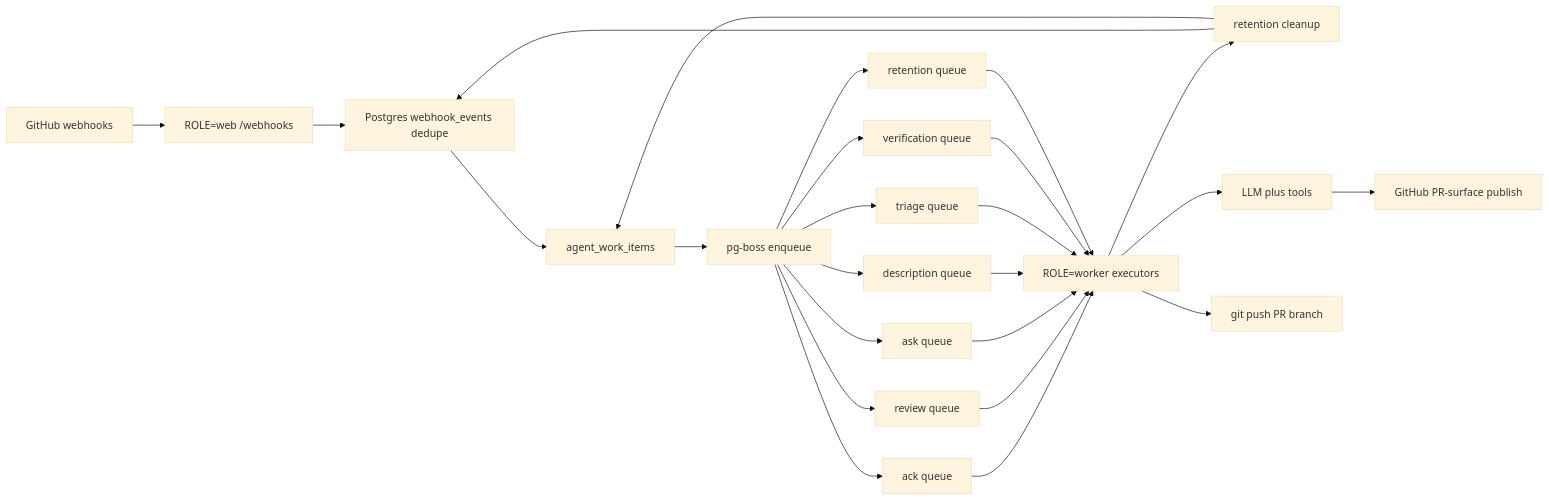
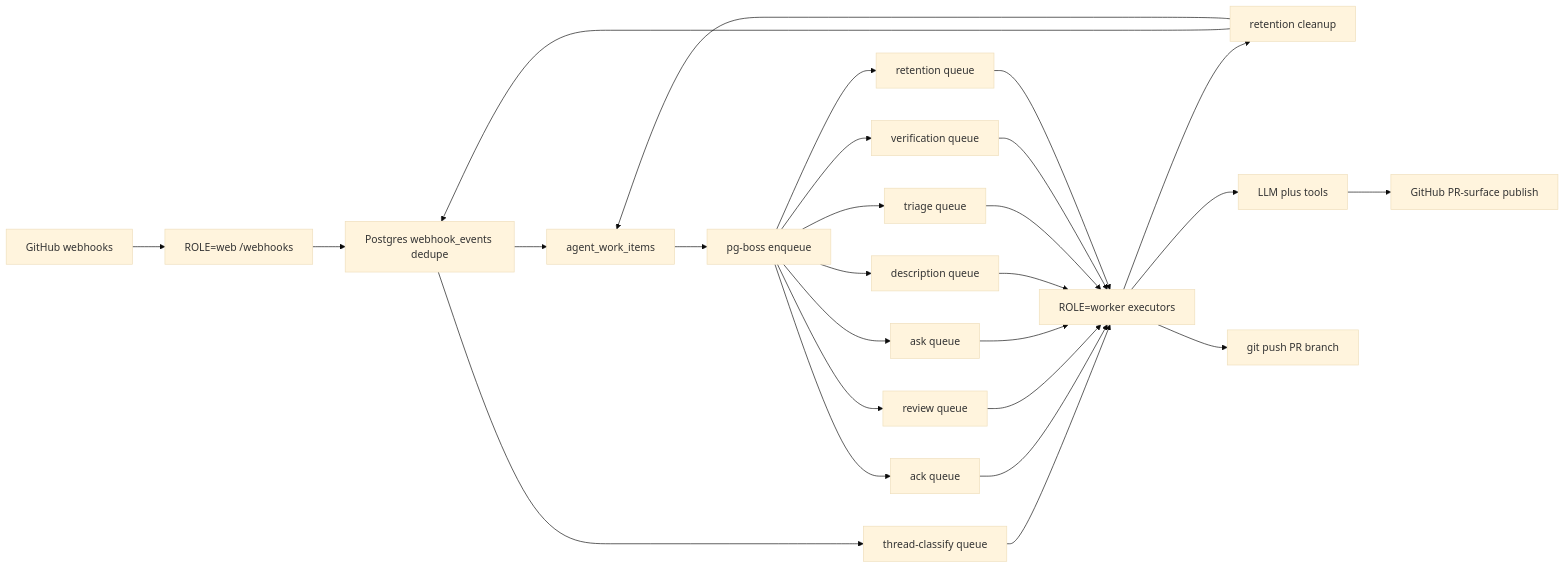
The diagram in README.md (prathamdby/pr-agent), drawn with Mermaid (base theme) before and after one commit. The commit also changed other lines of this file and 31 other files, not shown here.

First line of the commit message:
fix: defer thread-reply classify to workers

````diff
--- a/README.md
+++ b/README.md
@@ -211,27 +211,29 @@
 ```mermaid
 flowchart LR
   GitHub[GitHub webhooks] --> Web["ROLE=web /webhooks"]
   Web --> Dedupe[Postgres webhook_events dedupe]
   Dedupe --> Items[agent_work_items]
+  Dedupe --> ClassifyQ[thread-classify queue]
   Items --> Boss[pg-boss enqueue]
   Boss --> AckQ[ack queue]
   Boss --> RevQ[review queue]
   Boss --> AskQ[ask queue]
   Boss --> DescQ[description queue]
   Boss --> TriageQ[triage queue]
   Boss --> VerifQ[verification queue]
   Boss --> RetQ[retention queue]
-  AckQ --> Worker["ROLE=worker executors"]
+  ClassifyQ --> Worker["ROLE=worker executors"]
+  AckQ --> Worker
   RevQ --> Worker
   AskQ --> Worker
   DescQ --> Worker
   TriageQ --> Worker
   VerifQ --> Worker
   RetQ --> Worker
   Worker --> Retention[retention cleanup]
   Retention --> Dedupe
   Retention --> Items
   Worker --> LLM[LLM plus tools]
   LLM --> Publish[GitHub PR-surface publish]
   Worker --> Push[git push PR branch]
 ```
````
